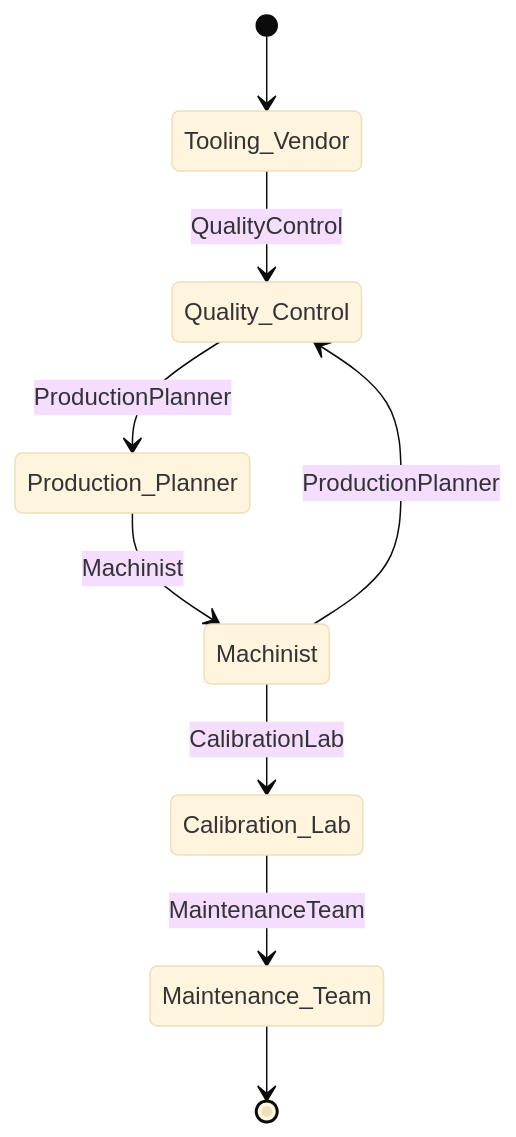
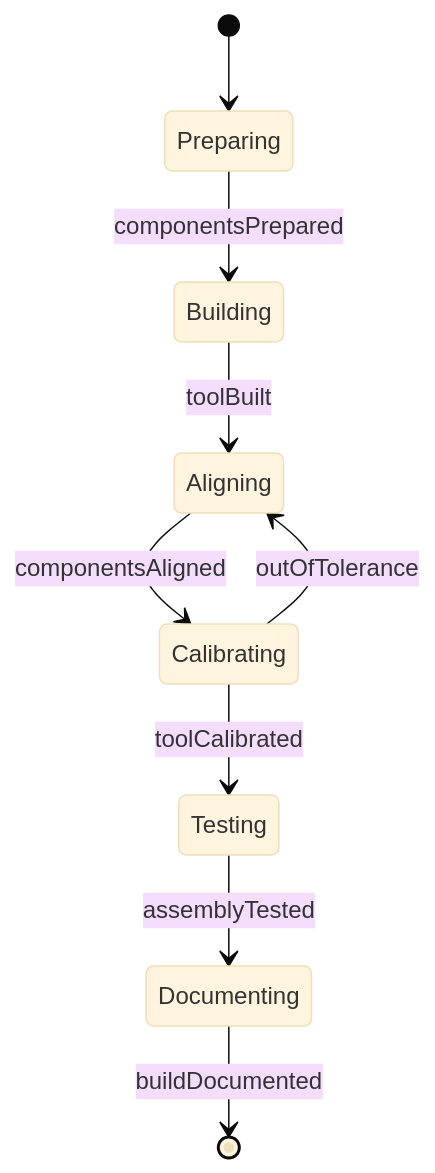
The second of 4 diagrams in HandlingAndMovingObjects/AssembleEquipmentOrComponents/AssembleMachineToolsPartsFixtures.mdx (dot-org-ai/tasks.org.ai), drawn with Mermaid (base theme) before and after one commit. The commit also changed other lines of this file and 515 other files, not shown here.

````diff
--- a/HandlingAndMovingObjects/AssembleEquipmentOrComponents/AssembleMachineToolsPartsFixtures.mdx
+++ b/HandlingAndMovingObjects/AssembleEquipmentOrComponents/AssembleMachineToolsPartsFixtures.mdx
@@ -101,11 +99,11 @@
 ```mermaid
 stateDiagram-v2
-    [*] --> Tooling_Vendor
-    Tooling_Vendor --> Quality_Control: QualityControl
-    Quality_Control --> Production_Planner: ProductionPlanner
-    Production_Planner --> Machinist: Machinist
-    Machinist --> Calibration_Lab: CalibrationLab
-    Calibration_Lab --> Maintenance_Team: MaintenanceTeam
-    Machinist --> Quality_Control: ProductionPlanner
-    Maintenance_Team --> [*]
+    [*] --> Preparing
+    Preparing --> Building : componentsPrepared
+    Building --> Aligning : toolBuilt
+    Aligning --> Calibrating : componentsAligned
+    Calibrating --> Testing : toolCalibrated
+    Testing --> Documenting : assemblyTested
+    Calibrating --> Aligning : outOfTolerance
+    Documenting --> [*] : buildDocumented
 ```
````
